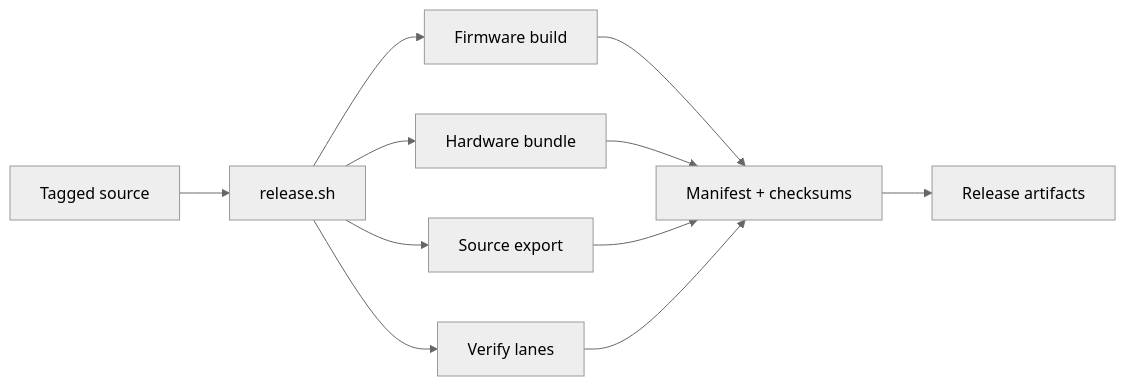
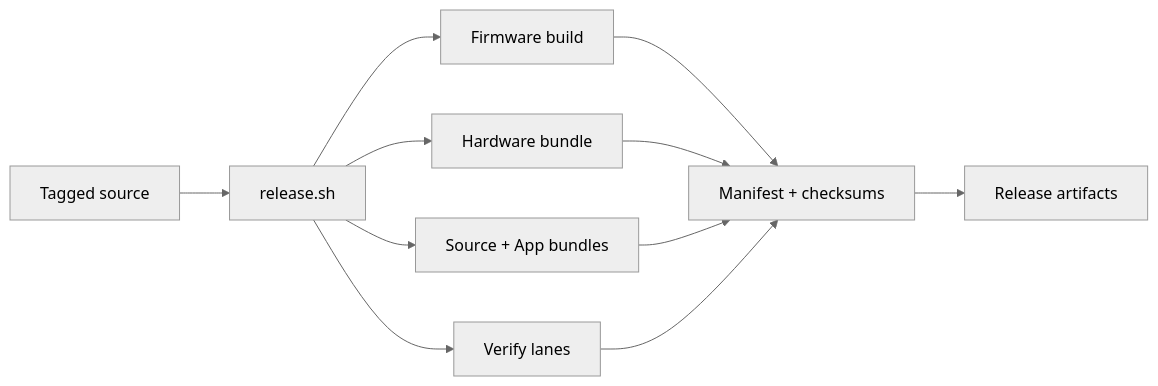
Before and after one commit to bseverns/MOARkNOBS-42: the diagram in REPRODUCIBILITY.md, drawn with Mermaid (neutral theme). The commit also changed other lines of this file and 8 other files, not shown here.

````diff
--- a/REPRODUCIBILITY.md
+++ b/REPRODUCIBILITY.md
@@ -9,13 +9,13 @@
 ```mermaid
 flowchart LR
   A[Tagged source] --> B[release.sh]
   B --> C[Verify lanes]
   B --> D[Firmware build]
   B --> E[Hardware bundle]
-  B --> F[Source export]
+  B --> F[Source + App bundles]
   D --> G[Manifest + checksums]
   E --> G
   F --> G
   C --> G
   G --> H[Release artifacts]
 ```
````
